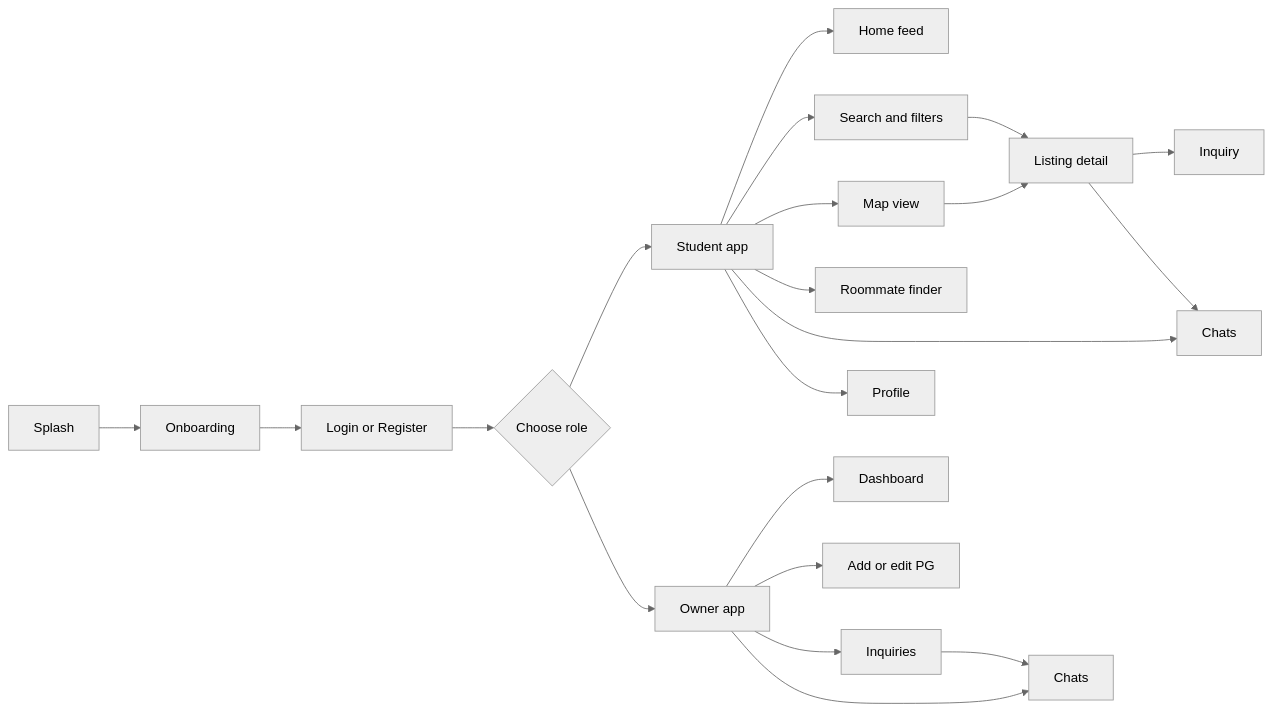
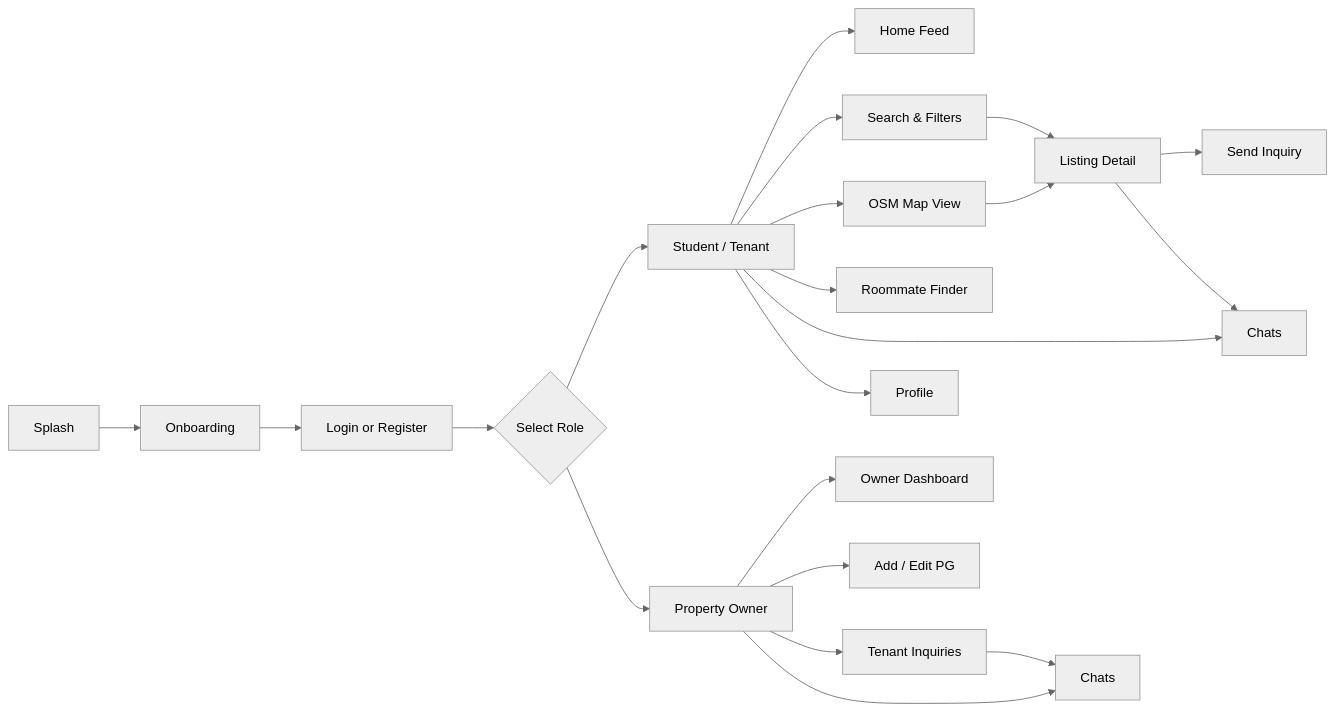
Before and after one commit to toxicbishop/Stay-Buddy: the first of 2 diagrams in README.md, drawn with Mermaid (neutral theme). The commit also changed other lines of this file and 1 other file, not shown here.

````diff
--- a/README.md
+++ b/README.md
@@ -122,26 +157,26 @@
 ```mermaid
 flowchart LR
     Start["Splash"] --> Onboarding["Onboarding"]
     Onboarding --> Auth["Login or Register"]
-    Auth --> Role{"Choose role"}
-    Role --> Student["Student app"]
-    Role --> Owner["Owner app"]
+    Auth --> Role{"Select Role"}
+    Role --> Student["Student / Tenant"]
+    Role --> Owner["Property Owner"]
 
-    Student --> Home["Home feed"]
-    Student --> Search["Search and filters"]
-    Student --> Map["Map view"]
-    Student --> Roommate["Roommate finder"]
+    Student --> Home["Home Feed"]
+    Student --> Search["Search & Filters"]
+    Student --> Map["OSM Map View"]
+    Student --> Roommate["Roommate Finder"]
     Student --> Chats["Chats"]
     Student --> Profile["Profile"]
 
-    Owner --> Dashboard["Dashboard"]
-    Owner --> AddListing["Add or edit PG"]
-    Owner --> Inquiries["Inquiries"]
+    Owner --> Dashboard["Owner Dashboard"]
+    Owner --> AddListing["Add / Edit PG"]
+    Owner --> Inquiries["Tenant Inquiries"]
     Owner --> OwnerChats["Chats"]
 
-    Search --> Detail["Listing detail"]
+    Search --> Detail["Listing Detail"]
     Map --> Detail
-    Detail --> Inquiry["Inquiry"]
+    Detail --> Inquiry["Send Inquiry"]
     Detail --> Chats
     Inquiries --> OwnerChats
 ```
````
